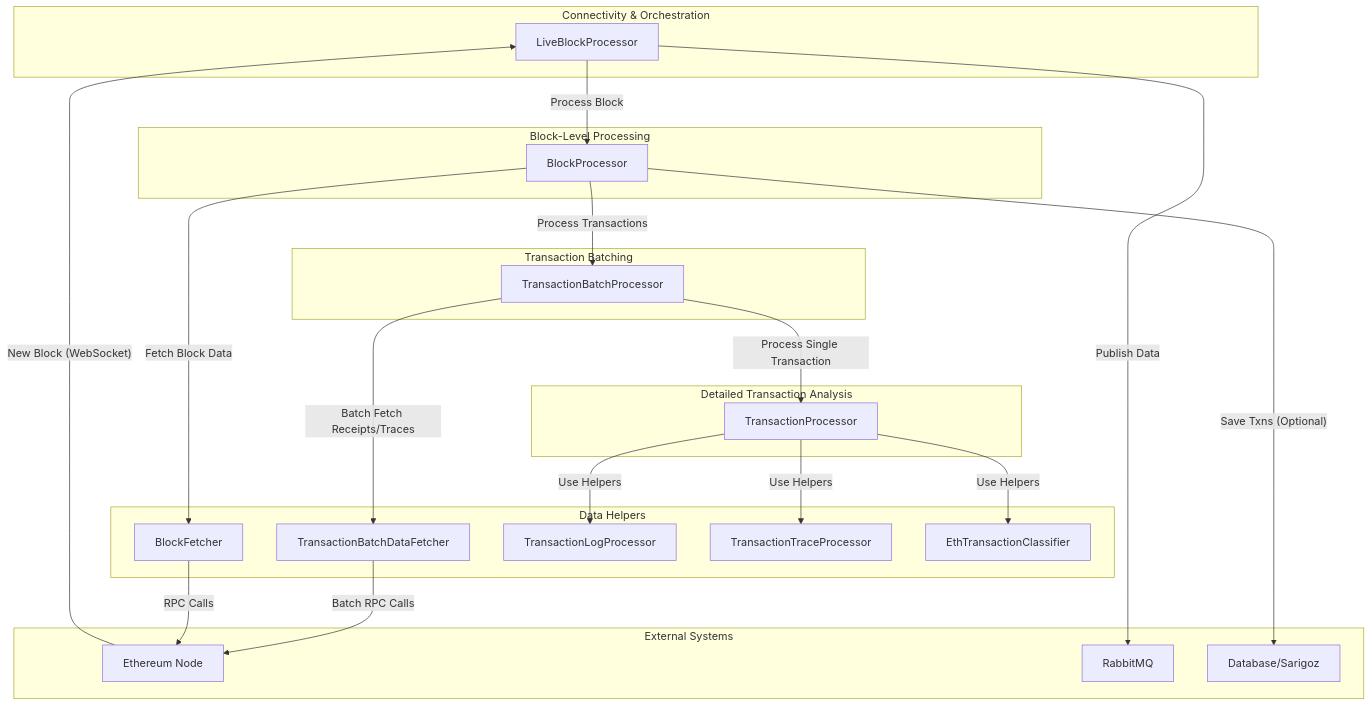
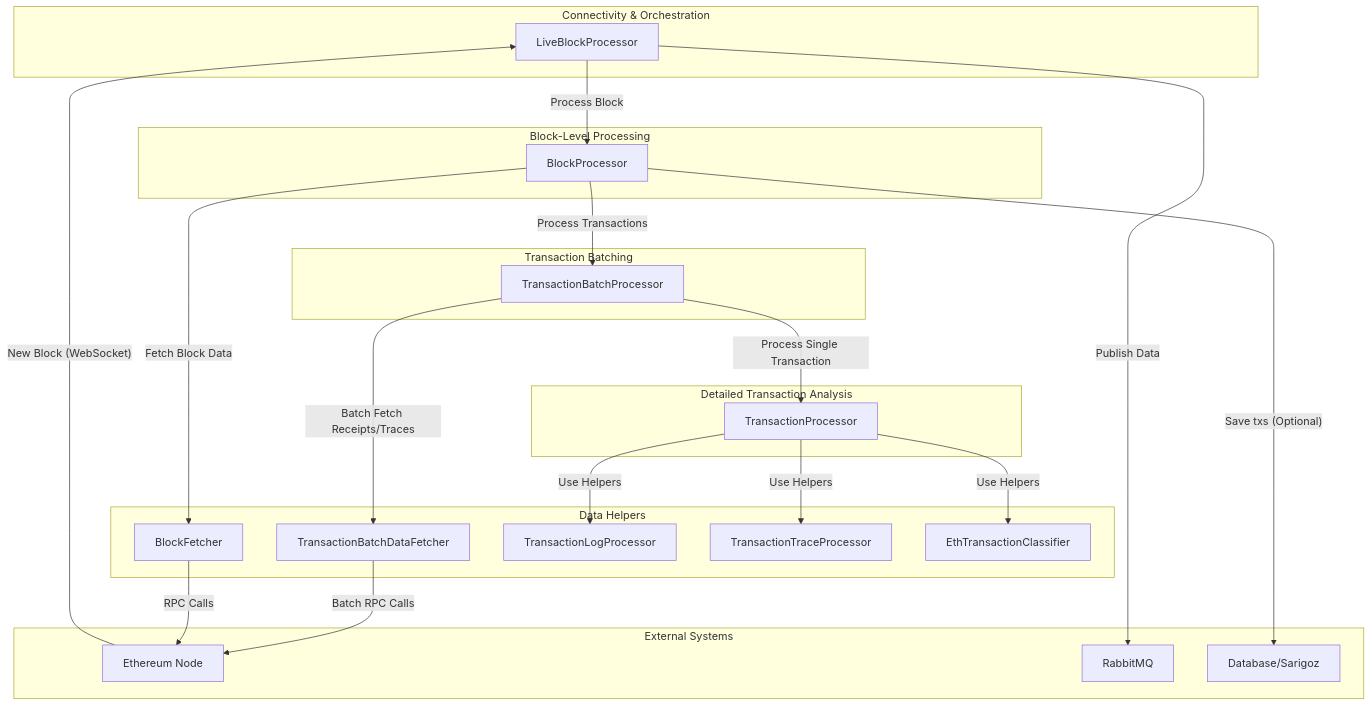
One commit to NimaMan/eth changed the first of 2 diagrams in pyeth/eth_data/README.md. Above: the diagram before and after it, drawn with Mermaid. The commit also changed other lines of this file and 82 other files, not shown here.

````diff
--- a/pyeth/eth_data/README.md
+++ b/pyeth/eth_data/README.md
@@ -11,41 +11,41 @@
 ```mermaid
 graph TD
     subgraph "Connectivity & Orchestration"
         A[LiveBlockProcessor]
     end
     subgraph "Block-Level Processing"
         B[BlockProcessor]
     end
     subgraph "Transaction Batching"
         C[TransactionBatchProcessor]
     end
     subgraph "Detailed Transaction Analysis"
         D[TransactionProcessor]
     end
     subgraph "Data Helpers"
         E[BlockFetcher]
         F[TransactionBatchDataFetcher]
         G[TransactionLogProcessor]
         H[TransactionTraceProcessor]
         I[EthTransactionClassifier]
     end
     subgraph "External Systems"
         J[Ethereum Node]
         K[RabbitMQ]
         L[Database/Sarigoz]
     end
 
     J -- "New Block (WebSocket)" --> A
     A -- "Process Block" --> B
     A -- "Publish Data" --> K
     B -- "Fetch Block Data" --> E
     B -- "Process Transactions" --> C
-    B -- "Save Txns (Optional)" --> L
+    B -- "Save txs (Optional)" --> L
     C -- "Batch Fetch Receipts/Traces" --> F
     C -- "Process Single Transaction" --> D
     D -- "Use Helpers" --> G
     D -- "Use Helpers" --> H
     D -- "Use Helpers" --> I
     F -- "Batch RPC Calls" --> J
     E -- "RPC Calls" --> J
 ```
````
